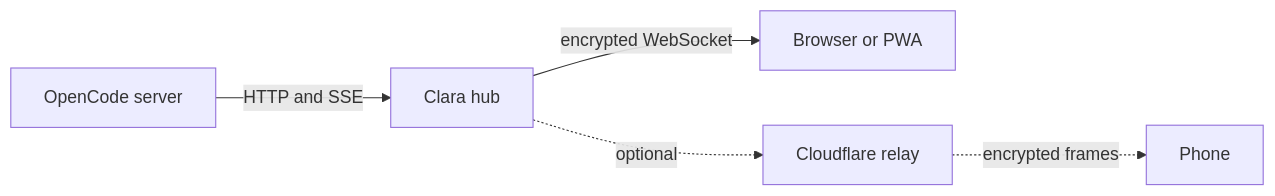
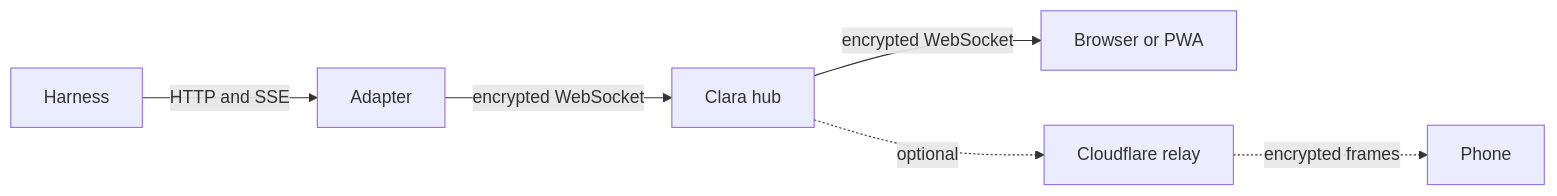
One commit to kalenmike/clara changed the diagram in tools/docs/guide/self-hosting/index.md. Above: the diagram before and after it, drawn with Mermaid. The commit also changed other lines of this file and 7 other files, not shown here.

First line of the commit message:
docs: frame Clara around harness adapters

````diff
--- a/tools/docs/guide/self-hosting/index.md
+++ b/tools/docs/guide/self-hosting/index.md
@@ -14,7 +15,8 @@
 ```mermaid
 flowchart LR
-  O[OpenCode server] -->|HTTP and SSE| H[Clara hub]
+  O[Harness] -->|HTTP and SSE| A[Adapter]
+  A -->|encrypted WebSocket| H[Clara hub]
   H -->|encrypted WebSocket| W[Browser or PWA]
   H -. optional .-> R[Cloudflare relay]
   R -. encrypted frames .-> P[Phone]
 ```
````
